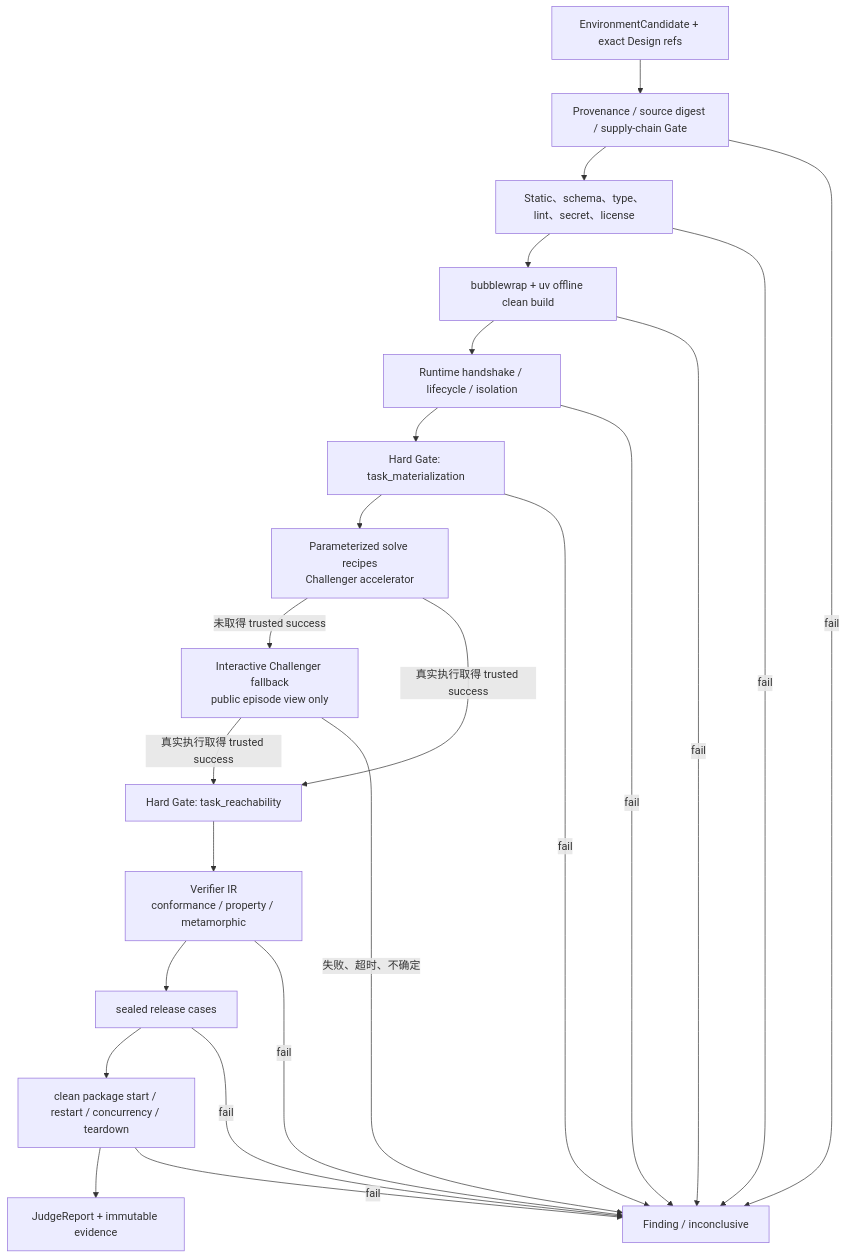
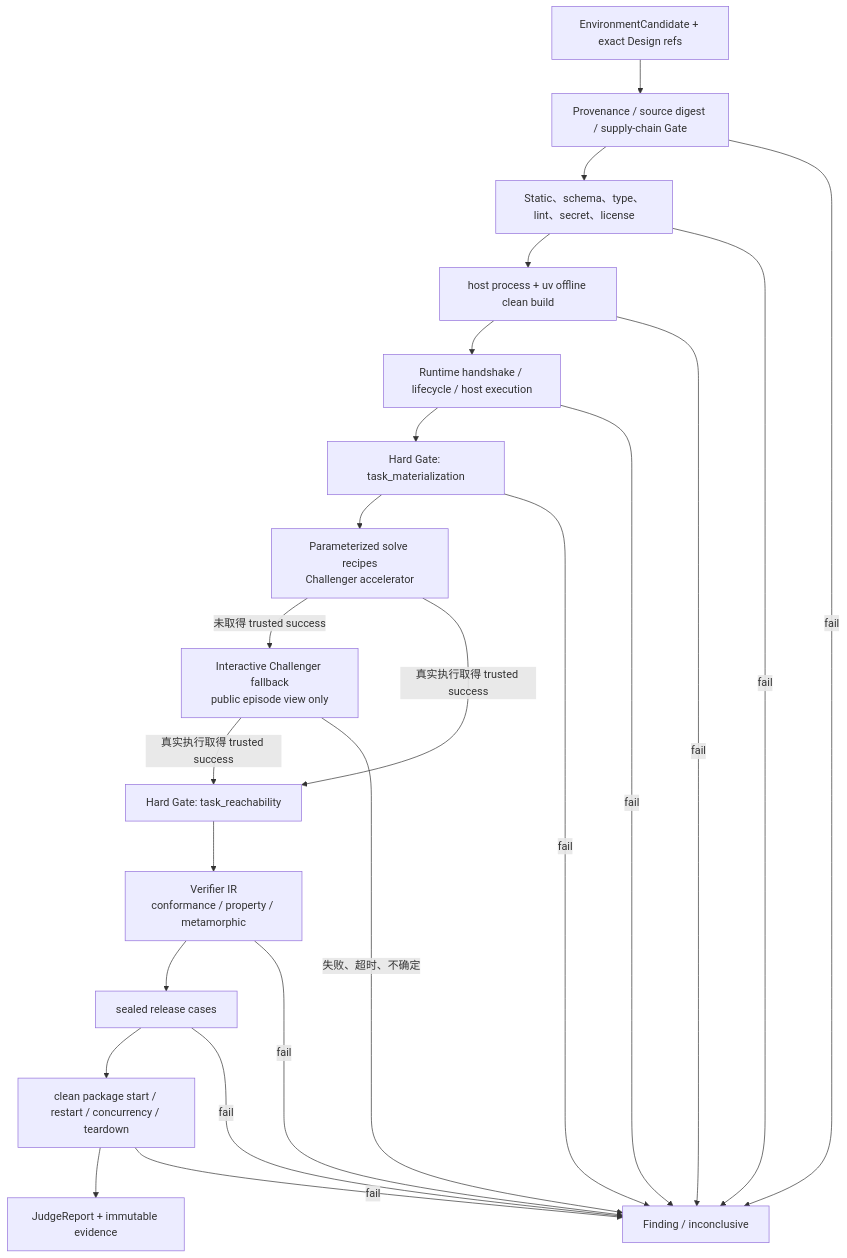
One commit to zhkzly/agent-world-model changed the fifth of 8 diagrams in docs/agent-world-environment-generation.zh.md. Above: the diagram before and after it, drawn with Mermaid. The commit also changed other lines of this file and 113 other files, not shown here.

````diff
--- a/docs/agent-world-environment-generation.zh.md
+++ b/docs/agent-world-environment-generation.zh.md
@@ -725,26 +751,26 @@
 ```mermaid
 flowchart TD
     C["EnvironmentCandidate + exact Design refs"] --> P["Provenance / source digest / supply-chain Gate"]
     P --> S["Static、schema、type、lint、secret、license"]
-    S --> B["bubblewrap + uv offline clean build"]
-    B --> H["Runtime handshake / lifecycle / isolation"]
+    S --> B["host process + uv offline clean build"]
+    B --> H["Runtime handshake / lifecycle / host execution"]
     H --> TM["Hard Gate: task_materialization"]
     TM --> RR["Parameterized solve recipes<br/>Challenger accelerator"]
     RR -->|"未取得 trusted success"| IC["Interactive Challenger fallback<br/>public episode view only"]
     RR -->|"真实执行取得 trusted success"| TR["Hard Gate: task_reachability"]
     IC -->|"真实执行取得 trusted success"| TR
     IC -->|"失败、超时、不确定"| F["Finding / inconclusive"]
     TR --> V["Verifier IR<br/>conformance / property / metamorphic"]
     V --> SEALED["sealed release cases"]
     SEALED --> DEP["clean package start / restart / concurrency / teardown"]
     DEP --> R["JudgeReport + immutable evidence"]
 
     P -->|"fail"| F
     S -->|"fail"| F
     B -->|"fail"| F
     H -->|"fail"| F
     TM -->|"fail"| F
     V -->|"fail"| F
     SEALED -->|"fail"| F
     DEP -->|"fail"| F
 ```
````
